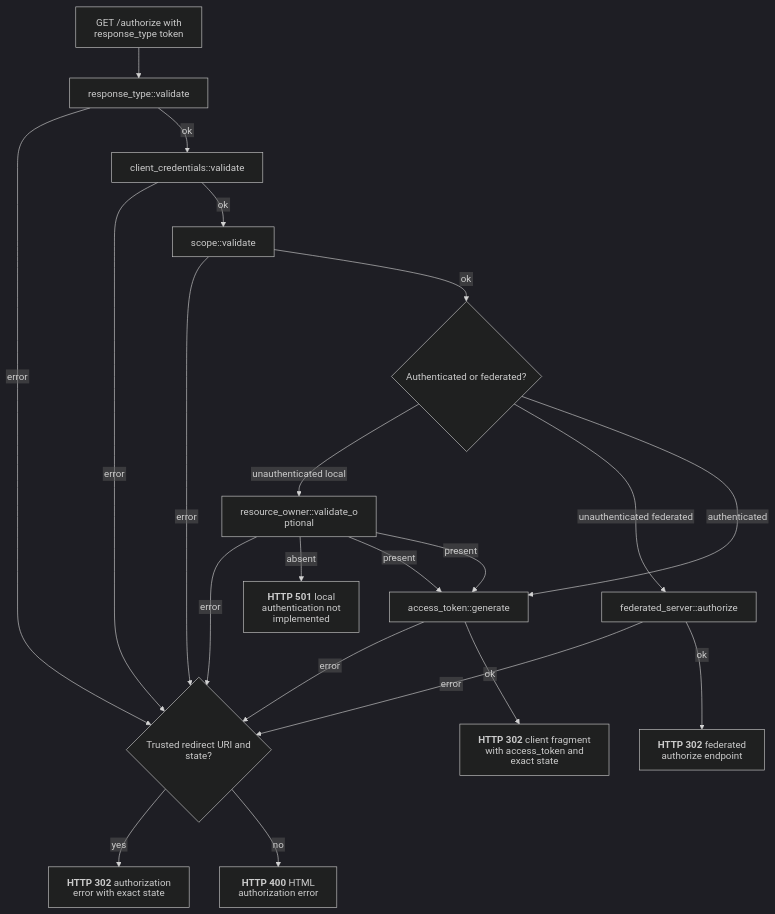
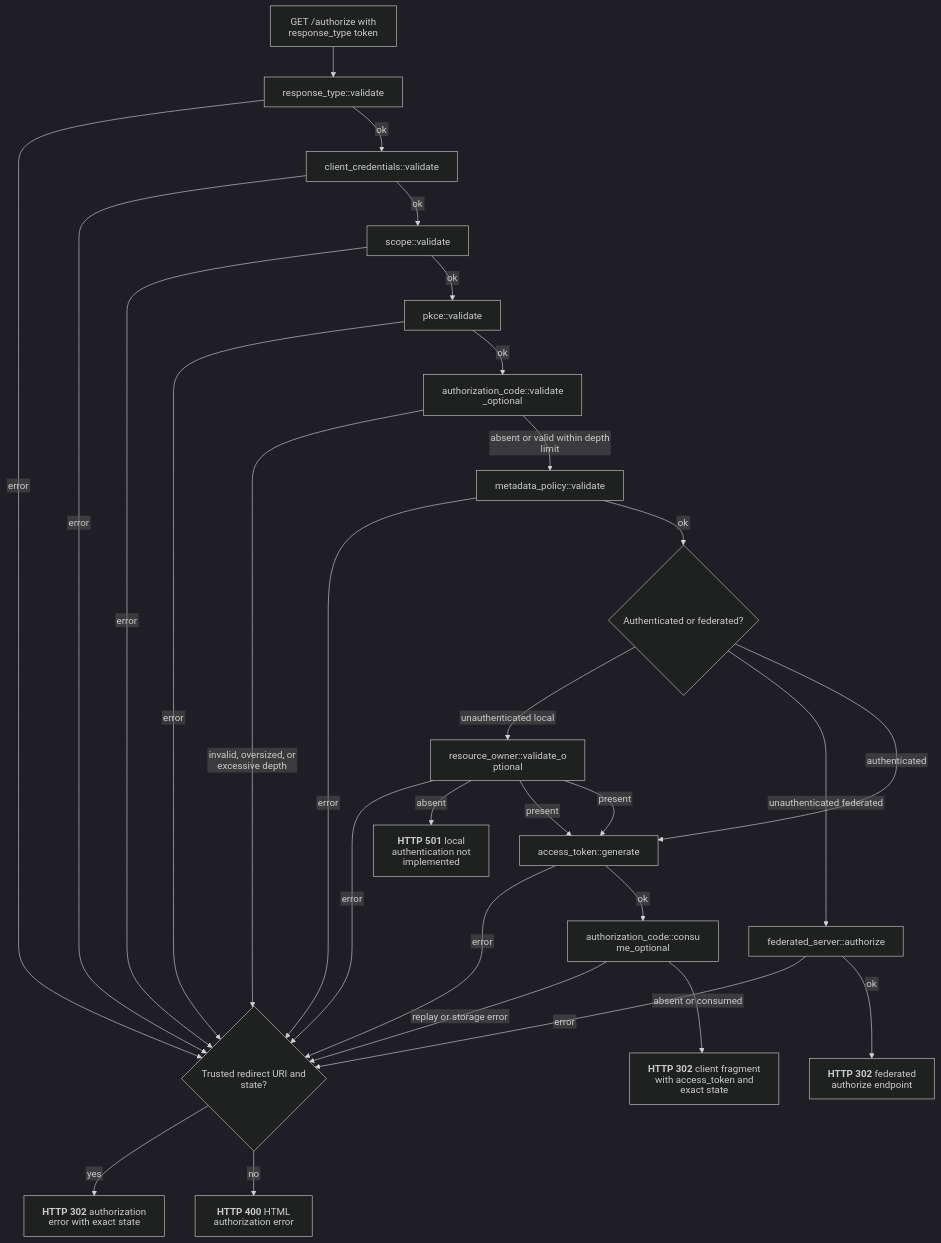
Before and after one commit to malach-it/kagome: the diagram in docs/flows/oauth/implicit.mmd, drawn with Mermaid (dark theme). The commit also changed 27 other files, not shown here.

Commit message:
docs: align flow graphs with handler pipelines

```diff
--- a/docs/flows/oauth/implicit.mmd
+++ b/docs/flows/oauth/implicit.mmd
@@ -1,22 +1,30 @@
 %%{init: {"htmlLabels": false, "flowchart": {"htmlLabels": false}}}%%
 flowchart TD
     start[GET /authorize with response_type token] --> response_type["response_type::validate"]
     response_type -- error --> authorize_error{Trusted redirect URI and state?}
     response_type -- ok --> client["client_credentials::validate"]
     client -- error --> authorize_error
     client -- ok --> scope["scope::validate"]
     scope -- error --> authorize_error
-    scope -- ok --> authentication{Authenticated or federated?}
+    scope -- ok --> pkce["pkce::validate"]
+    pkce -- error --> authorize_error
+    pkce -- ok --> code["authorization_code::validate_optional"]
+    code -- invalid, oversized, or excessive depth --> authorize_error
+    code -- absent or valid within depth limit --> policy["metadata_policy::validate"]
+    policy -- error --> authorize_error
+    policy -- ok --> authentication{Authenticated or federated?}
     authentication -- unauthenticated local --> owner_optional["resource_owner::validate_optional"]
     owner_optional -- error --> authorize_error
     owner_optional -- absent --> not_implemented["`**HTTP 501** local authentication not implemented`"]
     authentication -- unauthenticated federated --> federate["federated_server::authorize"]
     federate -- error --> authorize_error
     federate -- ok --> federated_redirect["`**HTTP 302** federated authorize endpoint`"]
     authentication -- authenticated --> generate
     owner_optional -- present --> generate
     owner_optional -- present --> generate["access_token::generate"]
     generate -- error --> authorize_error
-    generate -- ok --> redirect["`**HTTP 302** client fragment with access_token and exact state`"]
+    generate -- ok --> consume["authorization_code::consume_optional"]
+    consume -- replay or storage error --> authorize_error
+    consume -- absent or consumed --> redirect["`**HTTP 302** client fragment with access_token and exact state`"]
     authorize_error -- yes --> redirect_error["`**HTTP 302** authorization error with exact state`"]
     authorize_error -- no --> html_error["`**HTTP 400** HTML authorization error`"]
```
